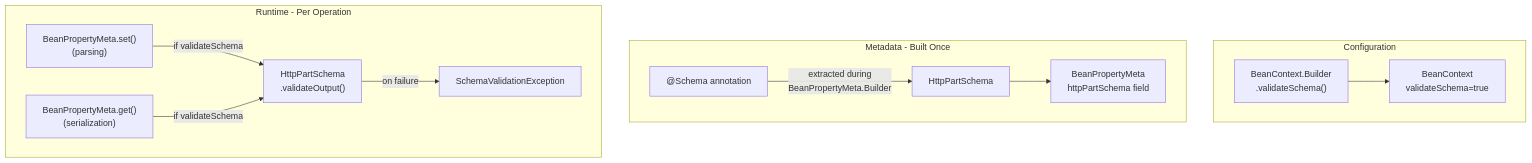
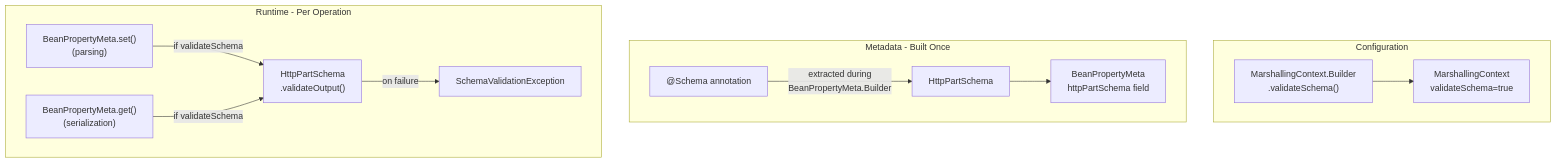
One commit to apache/juneau changed the diagram in todo/TODO-12-schema-validation.md. Above: the diagram before and after it, drawn with Mermaid. The commit also changed other lines of this file and 429 other files, not shown here.

First line of the commit message:
refactor(marshall): rename BeanContext/BeanSession engine types to MarshallingContext/MarshallingSession family

````diff
--- a/todo/TODO-12-schema-validation.md
+++ b/todo/TODO-12-schema-validation.md
@@ -7,24 +7,24 @@
 ```mermaid
 flowchart TD
     subgraph config [Configuration]
-        Builder["BeanContext.Builder\n.validateSchema()"]
-        BC["BeanContext\nvalidateSchema=true"]
+        Builder["MarshallingContext.Builder\n.validateSchema()"]
+        BC["MarshallingContext\nvalidateSchema=true"]
     end
     subgraph metadata [Metadata - Built Once]
         BPM["BeanPropertyMeta\nhttpPartSchema field"]
         Schema["@Schema annotation"]
         HPS["HttpPartSchema"]
     end
     subgraph runtime [Runtime - Per Operation]
         SET["BeanPropertyMeta.set()\n(parsing)"]
         GET["BeanPropertyMeta.get()\n(serialization)"]
         VALIDATE["HttpPartSchema\n.validateOutput()"]
         EX["SchemaValidationException"]
     end
     Builder --> BC
     Schema -->|"extracted during\nBeanPropertyMeta.Builder"| HPS
     HPS --> BPM
     SET -->|"if validateSchema"| VALIDATE
     GET -->|"if validateSchema"| VALIDATE
     VALIDATE -->|"on failure"| EX
 ```
````
